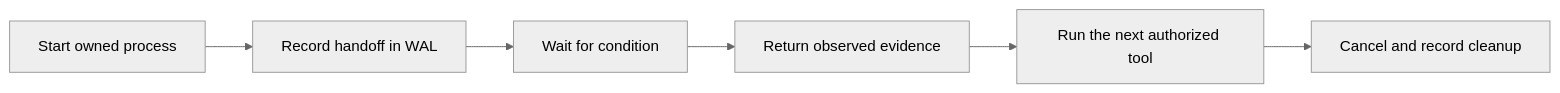
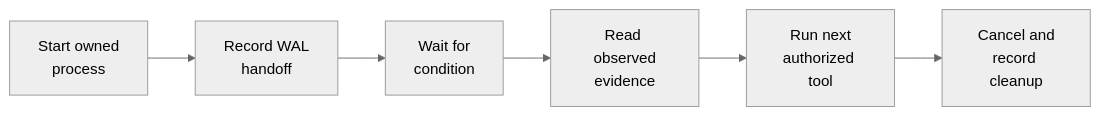
Before and after one commit to fireflyframework/firefly-forge: the first of 3 diagrams in docs/sandbox.md, drawn with Mermaid (neutral theme). The commit also changed other lines of this file and 583 other files, not shown here.

````diff
--- a/docs/sandbox.md
+++ b/docs/sandbox.md
@@ -67,8 +69,13 @@
 ```mermaid
+---
+config:
+  flowchart:
+    wrappingWidth: 96
+---
 flowchart LR
-    A[Start owned process] --> B[Record handoff in WAL]
-    B --> C[Wait for condition]
-    C --> D[Return observed evidence]
-    D --> E[Run the next authorized tool]
-    E --> F[Cancel and record cleanup]
+    A["Start owned<br/>process"] --> B["Record WAL<br/>handoff"]
+    B --> C["Wait for<br/>condition"]
+    C --> D["Read observed<br/>evidence"]
+    D --> E["Run next<br/>authorized tool"]
+    E --> F["Cancel and<br/>record cleanup"]
 ```
````
